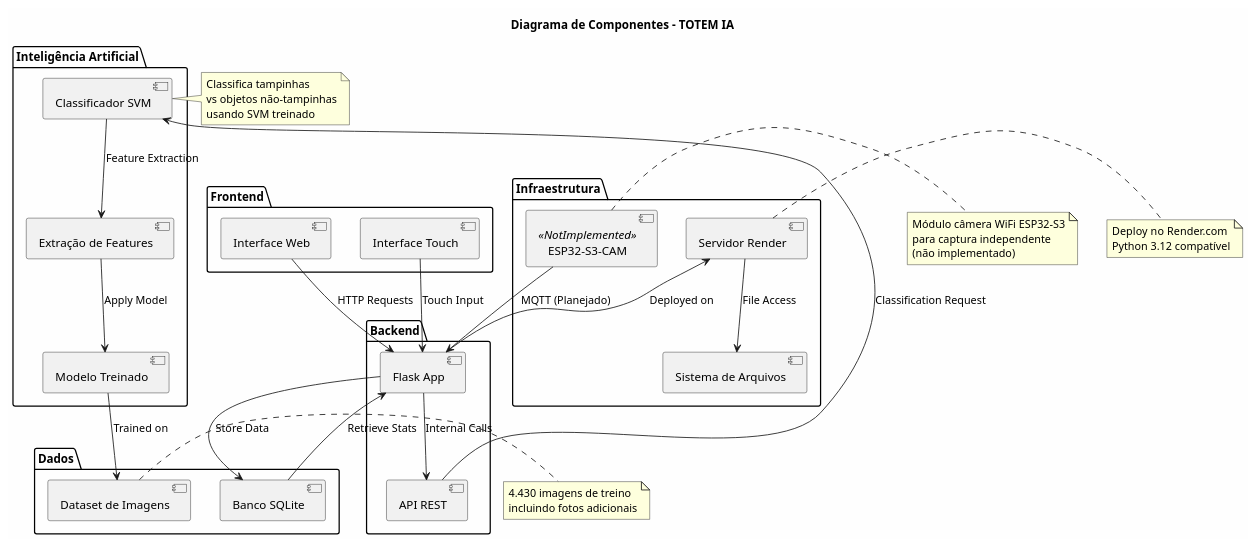
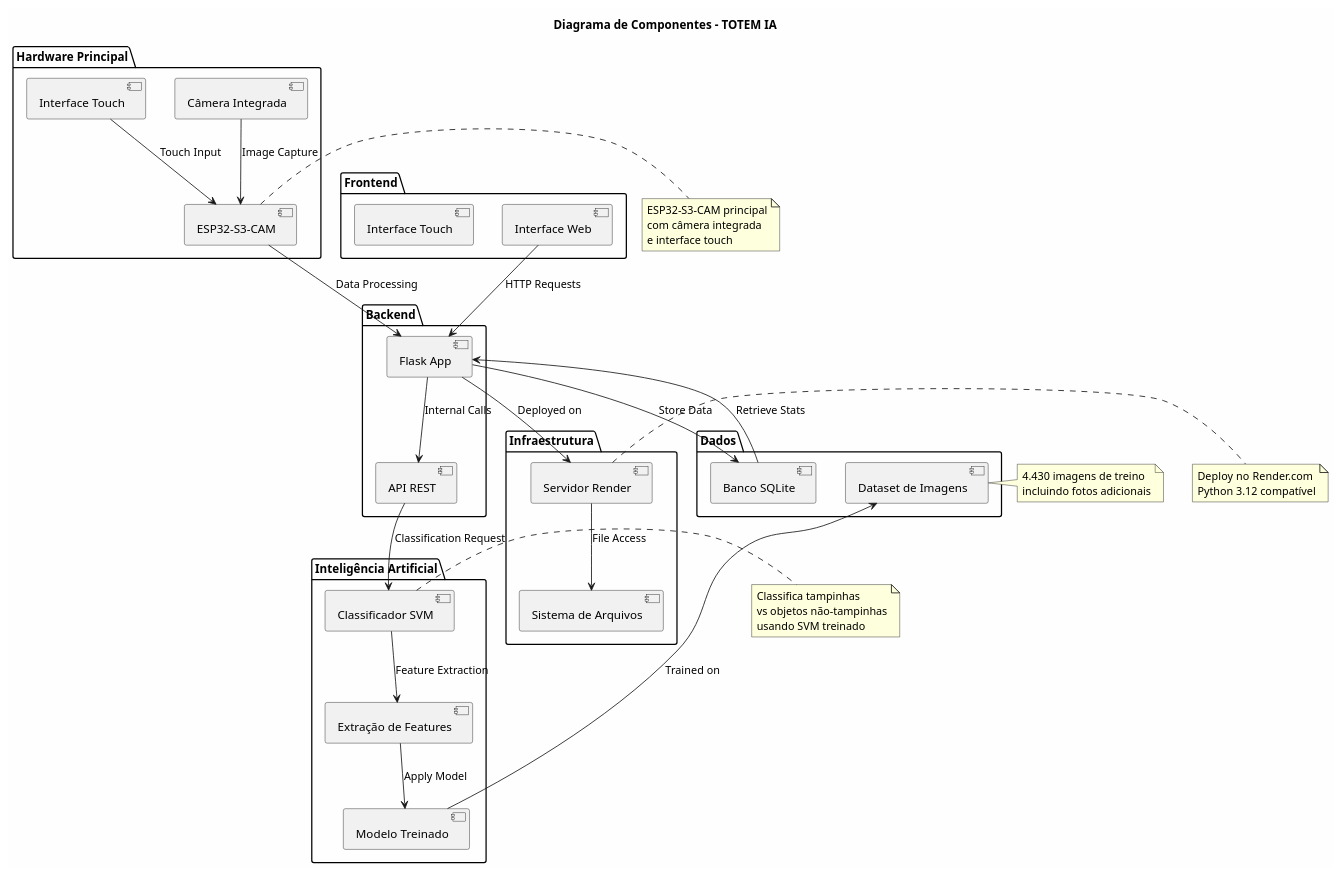
Before and after one commit to Grupo-S-faculdade-FIAP/totem-ia: the diagram in totem_ia_diagram.puml, drawn with PlantUML. The commit also changed 1 other file, not shown here.

Commit message:
docs: update hardware references from Raspberry Pi to ESP32-S3-CAM
- Replace Raspberry Pi references with ESP32-S3-CAM as main hardware
- Update hardware specifications in README
- Modify PlantUML diagram to show ESP32-S3-CAM as primary device
- Update component connections and notes in diagram
- Remove 'not implemented' status for ESP32-S3-CAM

```diff
--- a/totem_ia_diagram.puml
+++ b/totem_ia_diagram.puml
@@ -1,67 +1,73 @@
 @startuml Component_Diagram
 title Diagrama de Componentes - TOTEM IA
 skinparam backgroundColor #FEFEFE
 
 package "Frontend" {
     [Interface Web] as WebUI
     [Interface Touch] as TouchUI
 }
 
 package "Backend" {
     [Flask App] as Flask
     [API REST] as API
 }
 
 package "Inteligência Artificial" {
     [Classificador SVM] as SVM
     [Extração de Features] as Features
     [Modelo Treinado] as Model
 }
 
 package "Dados" {
     [Dataset de Imagens] as Dataset
     [Banco SQLite] as DB
 }
 
+package "Hardware Principal" {
+    [ESP32-S3-CAM] as ESP32
+    [Câmera Integrada] as Camera
+    [Interface Touch] as Touch
+}
+
 package "Infraestrutura" {
     [Servidor Render] as Render
     [Sistema de Arquivos] as Storage
-    [ESP32-S3-CAM] as ESP32 <<NotImplemented>>
 }
 
 WebUI --> Flask : HTTP Requests
-TouchUI --> Flask : Touch Input
+Touch --> ESP32 : Touch Input
+ESP32 --> Flask : Data Processing
+Camera --> ESP32 : Image Capture
 Flask --> API : Internal Calls
 API --> SVM : Classification Request
 SVM --> Features : Feature Extraction
 Features --> Model : Apply Model
 Model --> Dataset : Trained on
 Flask --> DB : Store Data
 DB --> Flask : Retrieve Stats
 Flask --> Render : Deployed on
 Render --> Storage : File Access
-ESP32 --> Flask : MQTT (Planejado)
 
 note right of SVM
     Classifica tampinhas
     vs objetos não-tampinhas
     usando SVM treinado
 end note
 
 note right of ESP32
-    Módulo câmera WiFi ESP32-S3
-    para captura independente
-    (não implementado)
+    ESP32-S3-CAM principal
+    com câmera integrada
+    e interface touch
 end note
 
 note right of Dataset
     4.430 imagens de treino
     incluindo fotos adicionais
 end note
 
 note right of Render
     Deploy no Render.com
     Python 3.12 compatível
 end note
 
 @enduml
```
